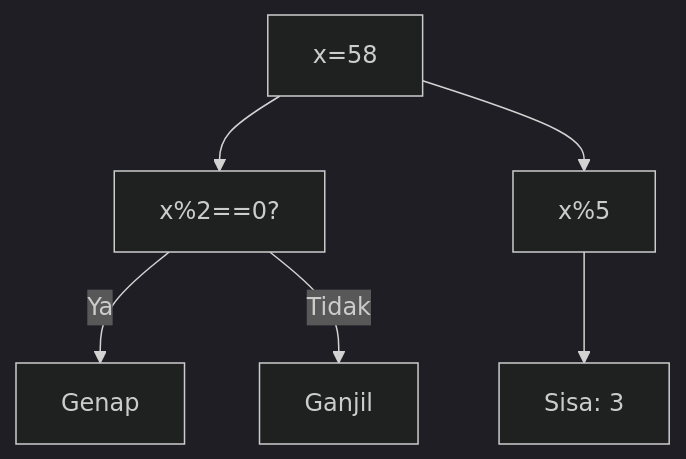
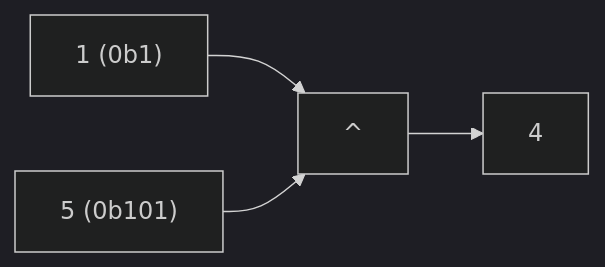
Before and after one commit to amnahwaida/OSNK_INF_PREP: the fourth of 25 diagrams in part-c-pemahaman-cpp/06-bitwise/latihan/set-05.md, drawn with Mermaid (dark theme). The commit also changed other lines of this file and 71 other files, not shown here.

````diff
--- a/part-c-pemahaman-cpp/06-bitwise/latihan/set-05.md
+++ b/part-c-pemahaman-cpp/06-bitwise/latihan/set-05.md
@@ -152,8 +101,6 @@
 ```mermaid
-graph TD
-A["x=58"] --> B["x%2==0?"]
-B -- Ya --> C["Genap"]
-B -- Tidak --> D["Ganjil"]
-A --> E["x%5"]
-E --> F["Sisa: 3"]
+graph LR
+A["1 (0b1)"] --> C["^"]
+B["5 (0b101)"] --> C
+C --> D["4"]
 ```
````
